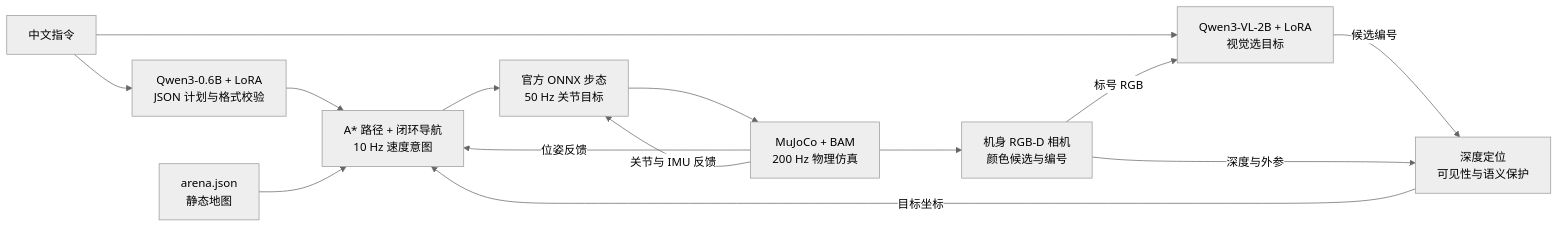
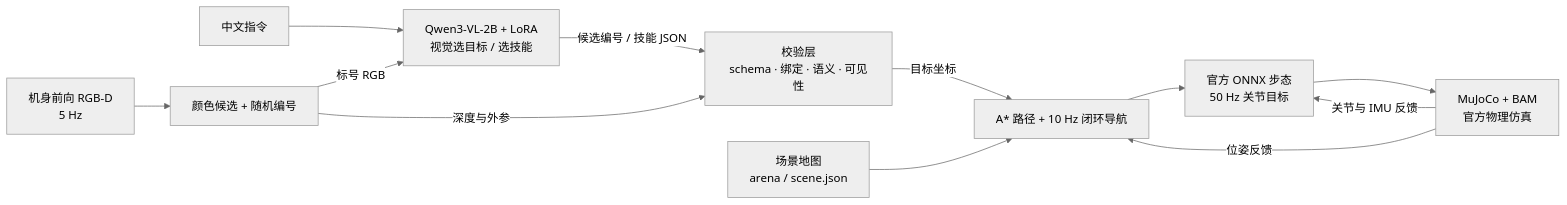
Before and after one commit to atlasmarkz/microduck-qwen: the diagram in README.md, drawn with Mermaid (neutral theme). The commit also changed other lines of this file and 3 other files, not shown here.

````diff
--- a/README.md
+++ b/README.md
@@ -13,16 +15,14 @@
 ```mermaid
 flowchart LR
-    U["中文指令"] --> Q["Qwen3-0.6B + LoRA<br/>JSON 计划与格式校验"]
-    Q --> N["A* 路径 + 闭环导航<br/>10 Hz 速度意图"]
-    U --> V["Qwen3-VL-2B + LoRA<br/>视觉选目标"]
-    S --> C["机身 RGB-D 相机<br/>颜色候选与编号"]
+    U["中文指令"] --> V["Qwen3-VL-2B + LoRA<br/>视觉选目标 / 选技能"]
+    S["机身前向 RGB-D<br/>5 Hz"] --> C["颜色候选 + 随机编号"]
     C -->|标号 RGB| V
-    V -->|候选编号| L["深度定位<br/>可见性与语义保护"]
+    V -->|候选编号 / 技能 JSON| L["校验层<br/>schema · 绑定 · 语义 · 可见性"]
     C -->|深度与外参| L
-    L -->|目标坐标| N
-    A["arena.json<br/>静态地图"] --> N
+    L -->|目标坐标| N["A* 路径 + 10 Hz 闭环导航"]
+    A["场景地图<br/>arena / scene.json"] --> N
     N --> G["官方 ONNX 步态<br/>50 Hz 关节目标"]
-    G --> S["MuJoCo + BAM<br/>200 Hz 物理仿真"]
-    S -->|位姿反馈| N
-    S -->|关节与 IMU 反馈| G
+    G --> M["MuJoCo + BAM<br/>官方物理仿真"]
+    M -->|位姿反馈| N
+    M -->|关节与 IMU 反馈| G
 ```
````
